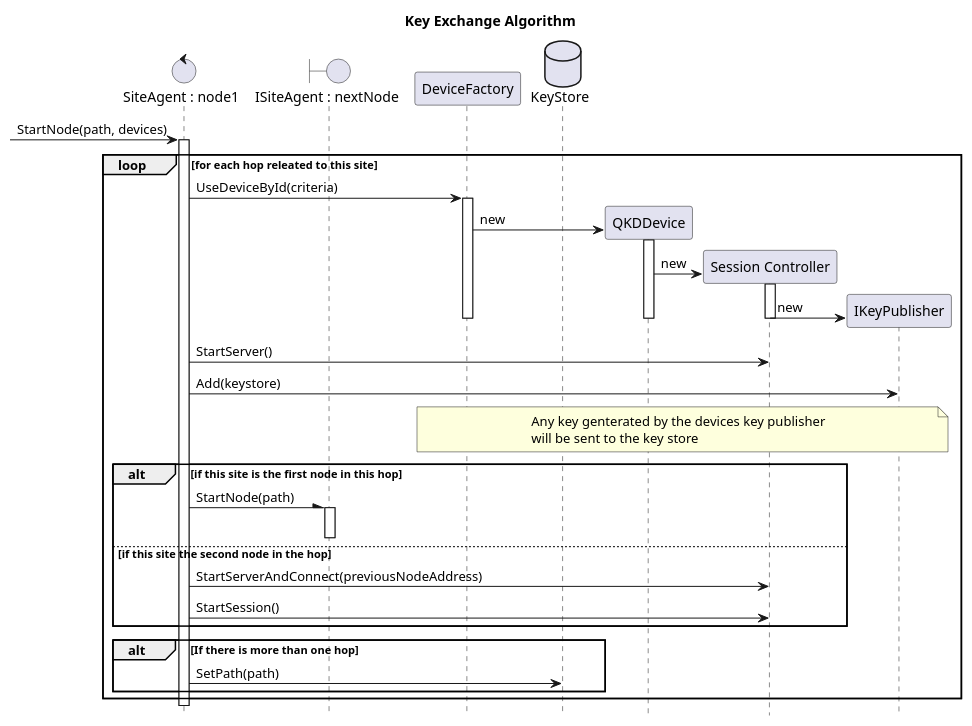
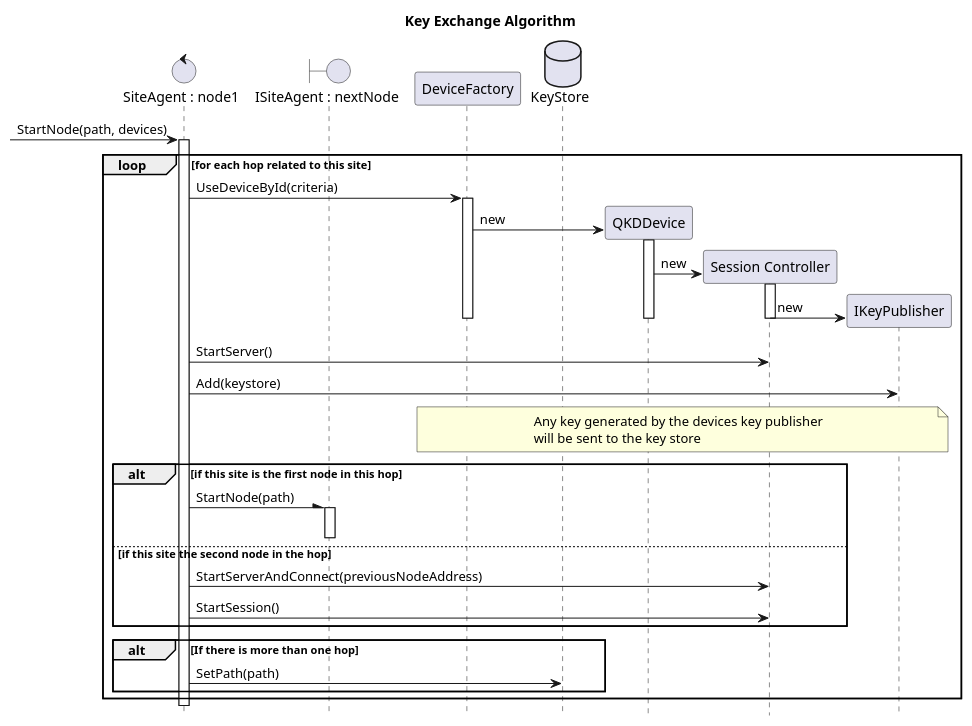
One commit to Open-QKD-Network/cqptoolkit changed diagram 12 of 18 in Walkthrough.md. Above: the diagram before and after it, drawn with PlantUML. The commit also changed other lines of this file and 10 other files, not shown here.

```diff
--- a/Walkthrough.md
+++ b/Walkthrough.md
@@ -490,54 +490,54 @@
     @startuml wtKeyExchange
 
         hide footbox
         title Key Exchange Algorithm
 
         control "SiteAgent : node1" as sa1
         boundary "ISiteAgent : nextNode" as nextNode
         participant DeviceFactory as devf
         database KeyStore
 
         [-> sa1 : StartNode(path, devices)
         activate sa1
-        loop for each hop releated to this site
+        loop for each hop related to this site
 
             sa1 -> devf : UseDeviceById(criteria)
             activate devf
                 create participant "QKDDevice" as dev1
                 devf -> dev1 : new
                 activate dev1
                     create participant "Session Controller" as sc1
                     dev1 -> sc1 : new
                     activate sc1
                         create participant "IKeyPublisher" as kp1
                         sc1 -> kp1 : new
                     deactivate sc1
                 deactivate dev1
             deactivate devf
 
             sa1 -> sc1 : StartServer()
             sa1 -> kp1 : Add(keystore)
 
             note over devf, kp1
-                Any key genterated by the devices key publisher
+                Any key generated by the devices key publisher
                 will be sent to the key store
             end note
 
             alt if this site is the first node in this hop
 
                 sa1 -\ nextNode : StartNode(path)
                 activate nextNode
                 deactivate nextNode
             else if this site the second node in the hop
                 sa1 -> sc1 : StartServerAndConnect(previousNodeAddress)
                 sa1 -> sc1 : StartSession()
             end alt
         
             alt If there is more than one hop
                 sa1 -> KeyStore : SetPath(path)
             end alt
         end loop
 
         deactivate sa1
 
     @enduml
```
